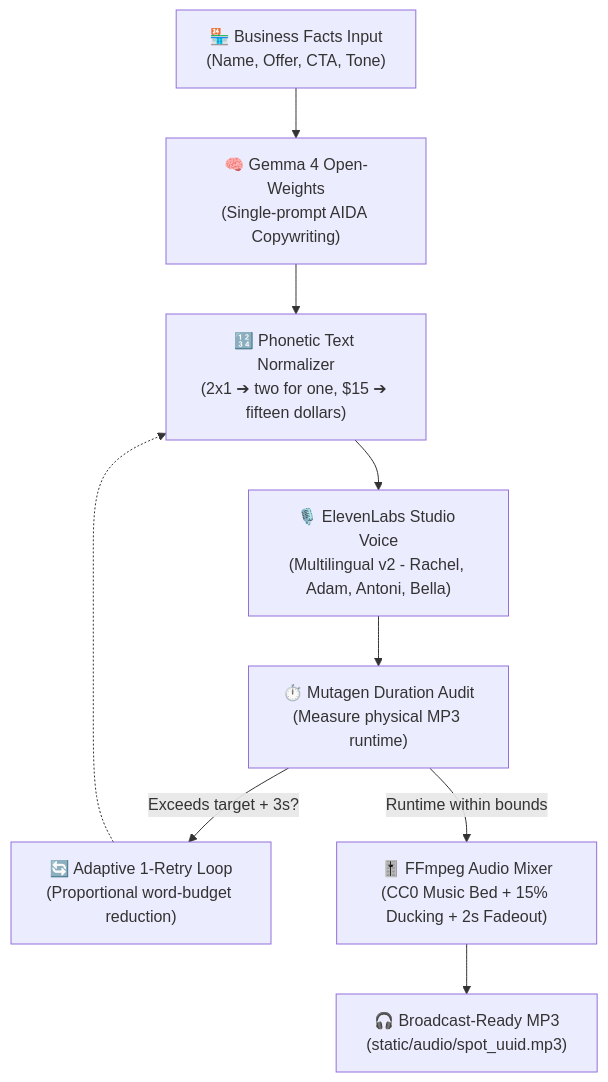
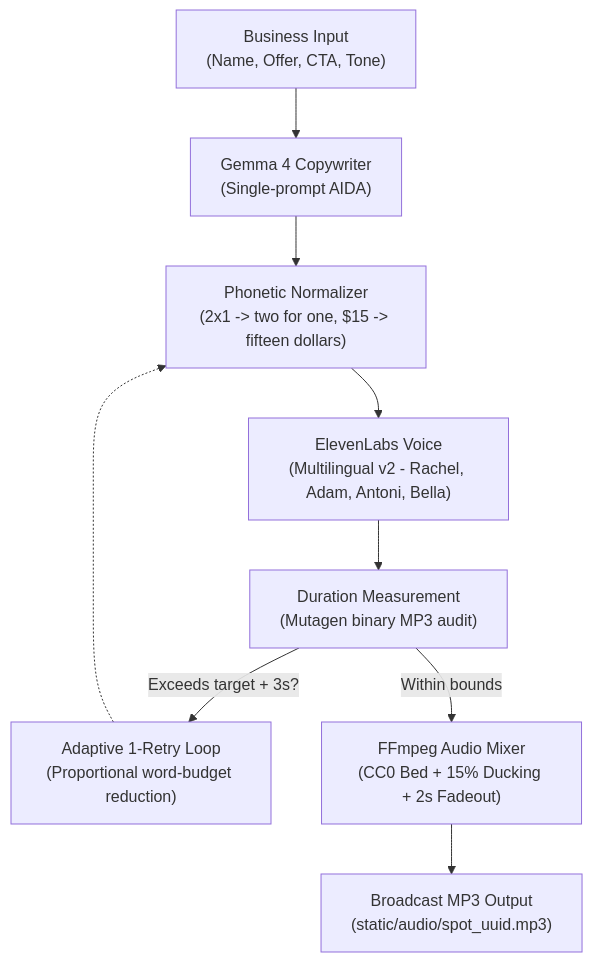
Before and after one commit to oscarbol09/spotforge: the diagram in README.md, drawn with Mermaid. The commit also changed other lines of this file and 3 other files, not shown here.

````diff
--- a/README.md
+++ b/README.md
@@ -74,11 +70,11 @@
 ```mermaid
 flowchart TD
-    A["🏪 Business Facts Input\n(Name, Offer, CTA, Tone)"] --> B["🧠 Gemma 4 Open-Weights\n(Single-prompt AIDA Copywriting)"]
-    B --> C["🔢 Phonetic Text Normalizer\n(2x1 ➔ two for one, $15 ➔ fifteen dollars)"]
-    C --> D["🎙️ ElevenLabs Studio Voice\n(Multilingual v2 - Rachel, Adam, Antoni, Bella)"]
-    D --> E["⏱️ Mutagen Duration Audit\n(Measure physical MP3 runtime)"]
-    E -- "Exceeds target + 3s?" --> F["🔄 Adaptive 1-Retry Loop\n(Proportional word-budget reduction)"]
+    A["Business Input\n(Name, Offer, CTA, Tone)"] --> B["Gemma 4 Copywriter\n(Single-prompt AIDA)"]
+    B --> C["Phonetic Normalizer\n(2x1 -> two for one, $15 -> fifteen dollars)"]
+    C --> D["ElevenLabs Voice\n(Multilingual v2 - Rachel, Adam, Antoni, Bella)"]
+    D --> E["Duration Measurement\n(Mutagen binary MP3 audit)"]
+    E -- "Exceeds target + 3s?" --> F["Adaptive 1-Retry Loop\n(Proportional word-budget reduction)"]
     F -.-> C
-    E -- "Runtime within bounds" --> G["🎚️ FFmpeg Audio Mixer\n(CC0 Music Bed + 15% Ducking + 2s Fadeout)"]
-    G --> H["🎧 Broadcast-Ready MP3\n(static/audio/spot_uuid.mp3)"]
+    E -- "Within bounds" --> G["FFmpeg Audio Mixer\n(CC0 Bed + 15% Ducking + 2s Fadeout)"]
+    G --> H["Broadcast MP3 Output\n(static/audio/spot_uuid.mp3)"]
 ```
````
